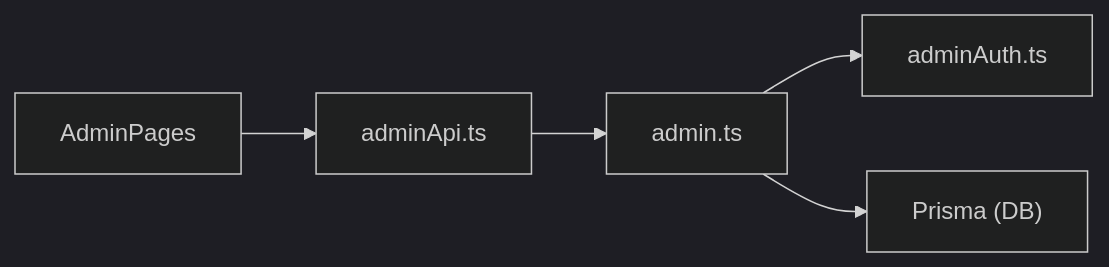
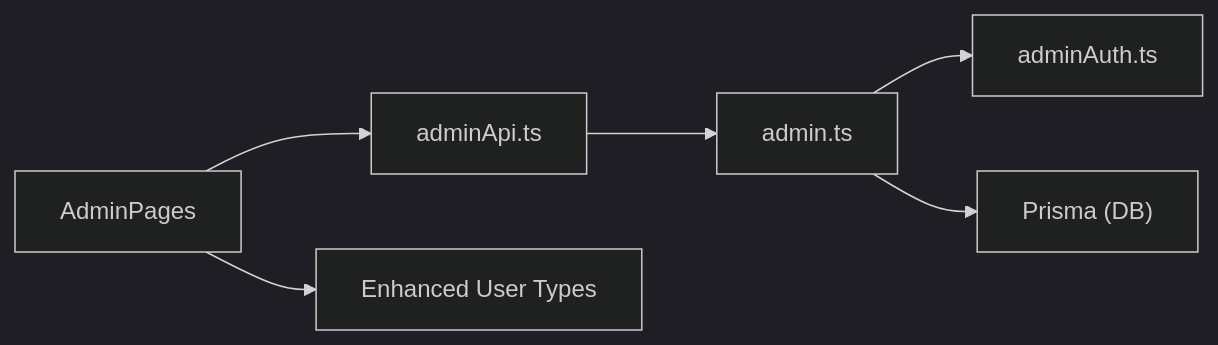
One commit to NaveenHiranya/Smart-Vehicle-Insurance-Claim-System changed the ninth of 9 diagrams in .qoder/repowiki/en/content/Frontend Documentation/Pages and Views/Admin Pages/Admin Pages.md. Above: the diagram before and after it, drawn with Mermaid (dark theme). The commit also changed other lines of this file and 45 other files, not shown here.

````diff
--- a/.qoder/repowiki/en/content/Frontend Documentation/Pages and Views/Admin Pages/Admin Pages.md
+++ b/.qoder/repowiki/en/content/Frontend Documentation/Pages and Views/Admin Pages/Admin Pages.md
@@ -310,7 +340,8 @@
 ```mermaid
 graph LR
 AP["AdminPages"] --> AA["adminApi.ts"]
 AA --> AR["admin.ts"]
 AR --> AM["adminAuth.ts"]
 AR --> DB["Prisma (DB)"]
+AP --> Types["Enhanced User Types"]
 ```
````
